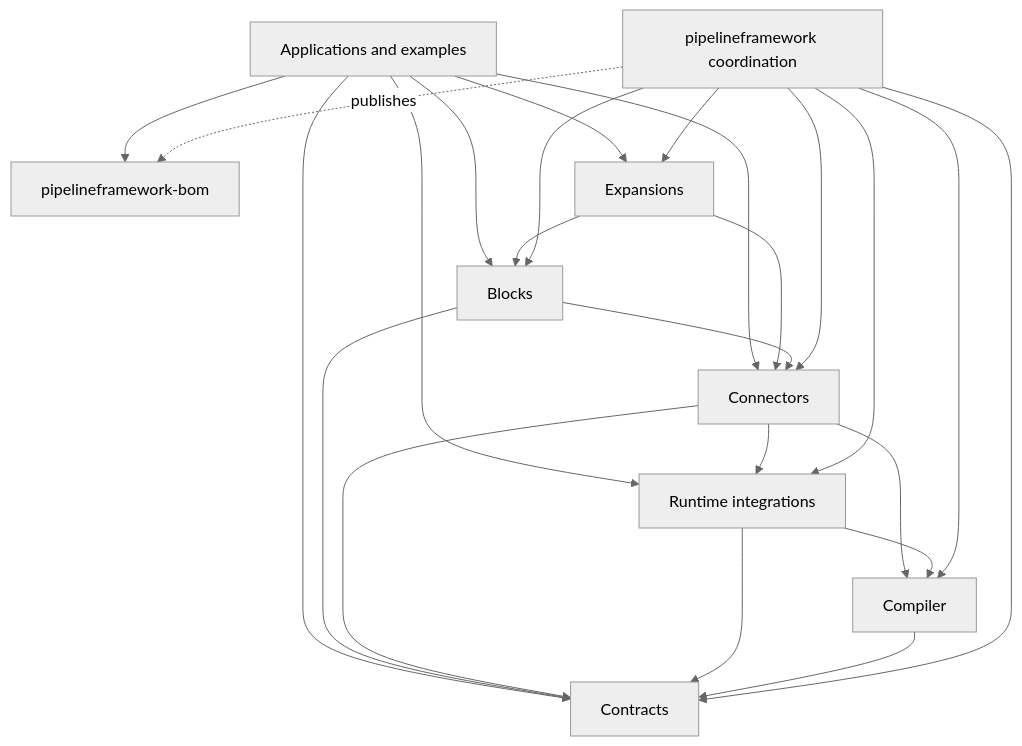
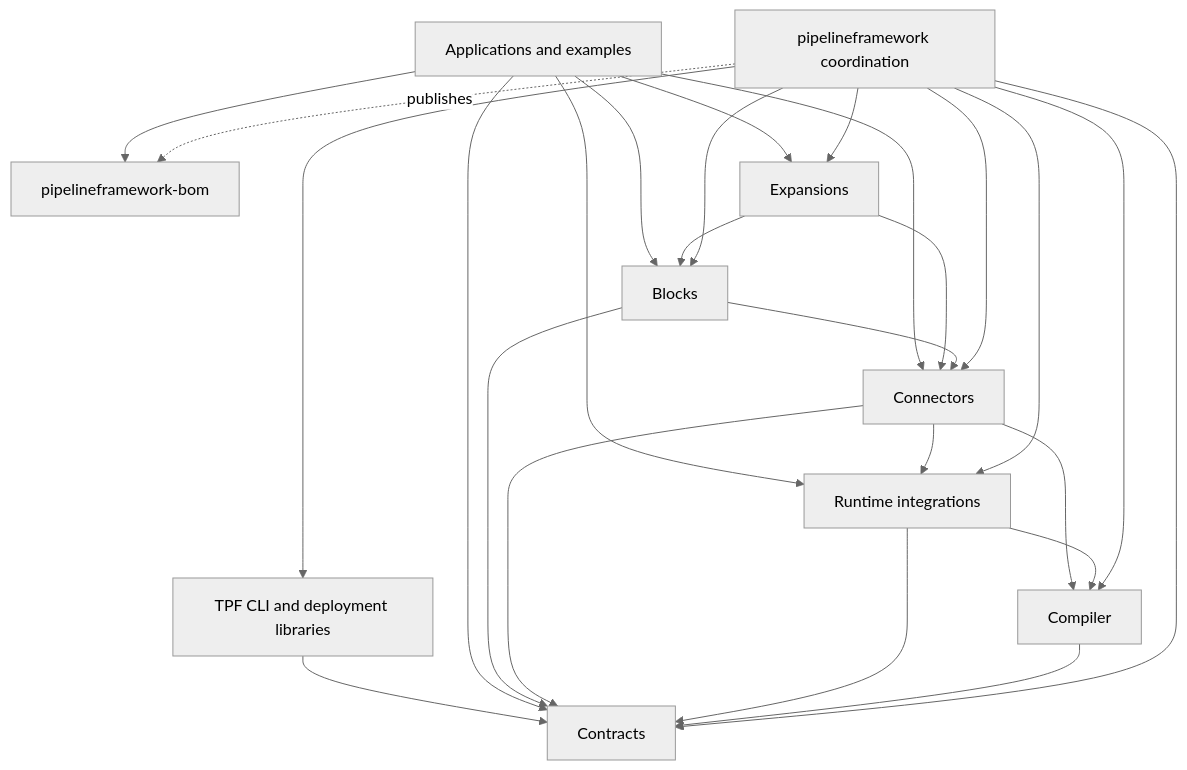
One commit to The-Pipeline-Framework/pipelineframework changed the diagram in docs/architecture/components-and-repositories.md. Above: the diagram before and after it, drawn with Mermaid (neutral theme). The commit also changed other lines of this file and 19 other files, not shown here.

Commit message:
feat(coordination): register public deployment CLI

````diff
--- a/docs/architecture/components-and-repositories.md
+++ b/docs/architecture/components-and-repositories.md
@@ -18,28 +18,30 @@
 ```mermaid
 flowchart TD
   apps[Applications and examples] --> bom[pipelineframework-bom]
   apps --> expansions[Expansions]
   apps --> blocks[Blocks]
   apps --> connectors[Connectors]
   apps --> runtime[Runtime integrations]
+  cli[TPF CLI and deployment libraries] --> contracts
   apps --> contracts[Contracts]
 
   expansions --> blocks
   expansions --> connectors
   blocks --> connectors
   blocks --> contracts
   connectors --> runtime
   connectors --> compiler[Compiler]
   connectors --> contracts
   runtime --> compiler
   runtime --> contracts
   compiler --> contracts
 
   coordination[pipelineframework coordination] -. publishes .-> bom
   coordination --> compiler
   coordination --> contracts
   coordination --> runtime
+  coordination --> cli
   coordination --> connectors
   coordination --> blocks
   coordination --> expansions
 ```
````
